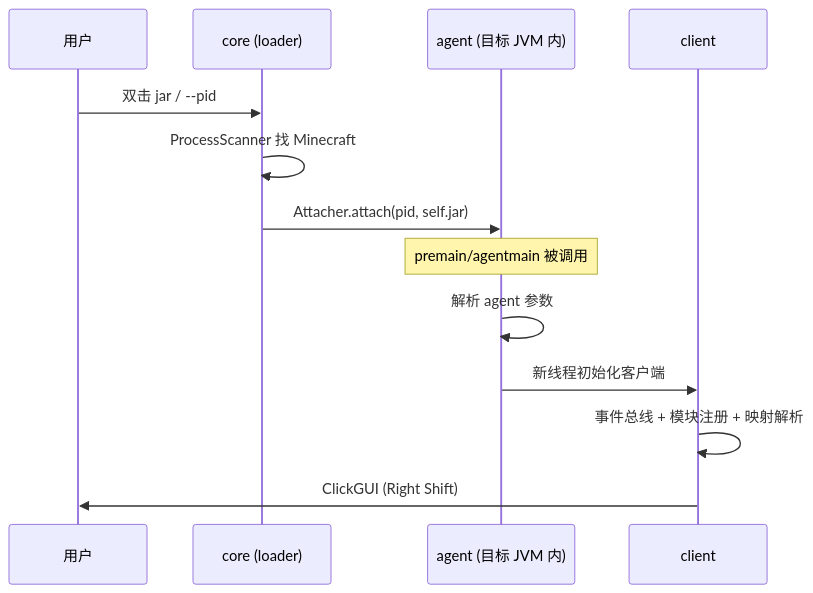
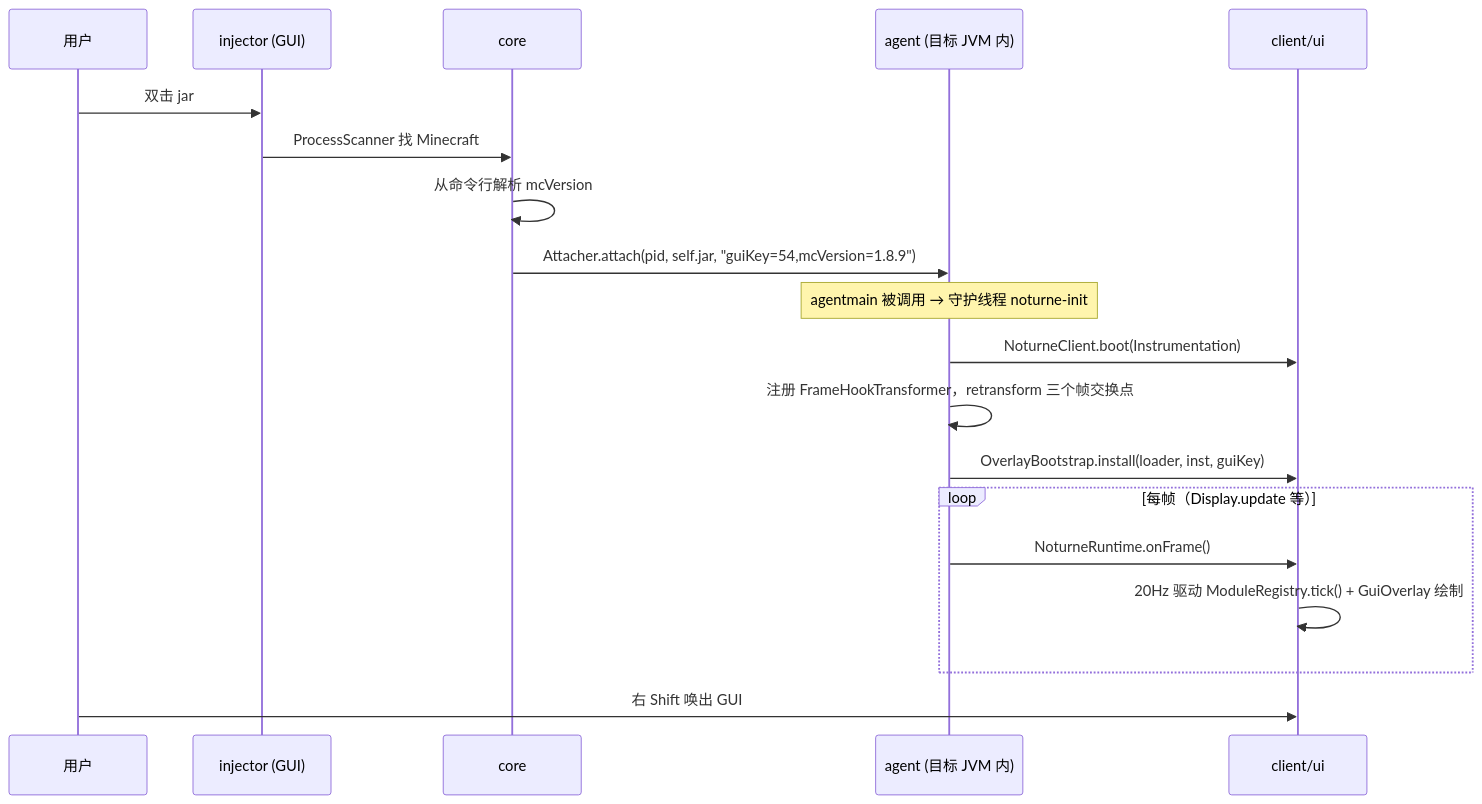
One commit to liuyyx/nocturne-client changed the diagram in docs/ARCHITECTURE.md. Above: the diagram before and after it, drawn with Mermaid. The commit also changed other lines of this file and 141 other files, not shown here.

````diff
--- a/docs/ARCHITECTURE.md
+++ b/docs/ARCHITECTURE.md
@@ -71,16 +110,22 @@
 ```mermaid
 sequenceDiagram
     participant U as 用户
-    participant L as core (loader)
+    participant G as injector (GUI)
+    participant C as core
     participant A as agent (目标 JVM 内)
-    participant C as client
+    participant R as client/ui
 
-    U->>L: 双击 jar / --pid
-    L->>L: ProcessScanner 找 Minecraft
-    L->>A: Attacher.attach(pid, self.jar)
-    Note over A: premain/agentmain 被调用
-    A->>A: 解析 agent 参数
-    A->>C: 新线程初始化客户端
-    C->>C: 事件总线 + 模块注册 + 映射解析
-    C->>U: ClickGUI (Right Shift)
+    U->>G: 双击 jar
+    G->>C: ProcessScanner 找 Minecraft
+    C->>C: 从命令行解析 mcVersion
+    C->>A: Attacher.attach(pid, self.jar, "guiKey=54,mcVersion=1.8.9")
+    Note over A: agentmain 被调用 → 守护线程 noturne-init
+    A->>R: NoturneClient.boot(Instrumentation)
+    A->>A: 注册 FrameHookTransformer，retransform 三个帧交换点
+    A->>R: OverlayBootstrap.install(loader, inst, guiKey)
+    loop 每帧（Display.update 等）
+        A->>R: NoturneRuntime.onFrame()
+        R->>R: 20Hz 驱动 ModuleRegistry.tick() + GuiOverlay 绘制
+    end
+    U->>R: 右 Shift 唤出 GUI
 ```
````
